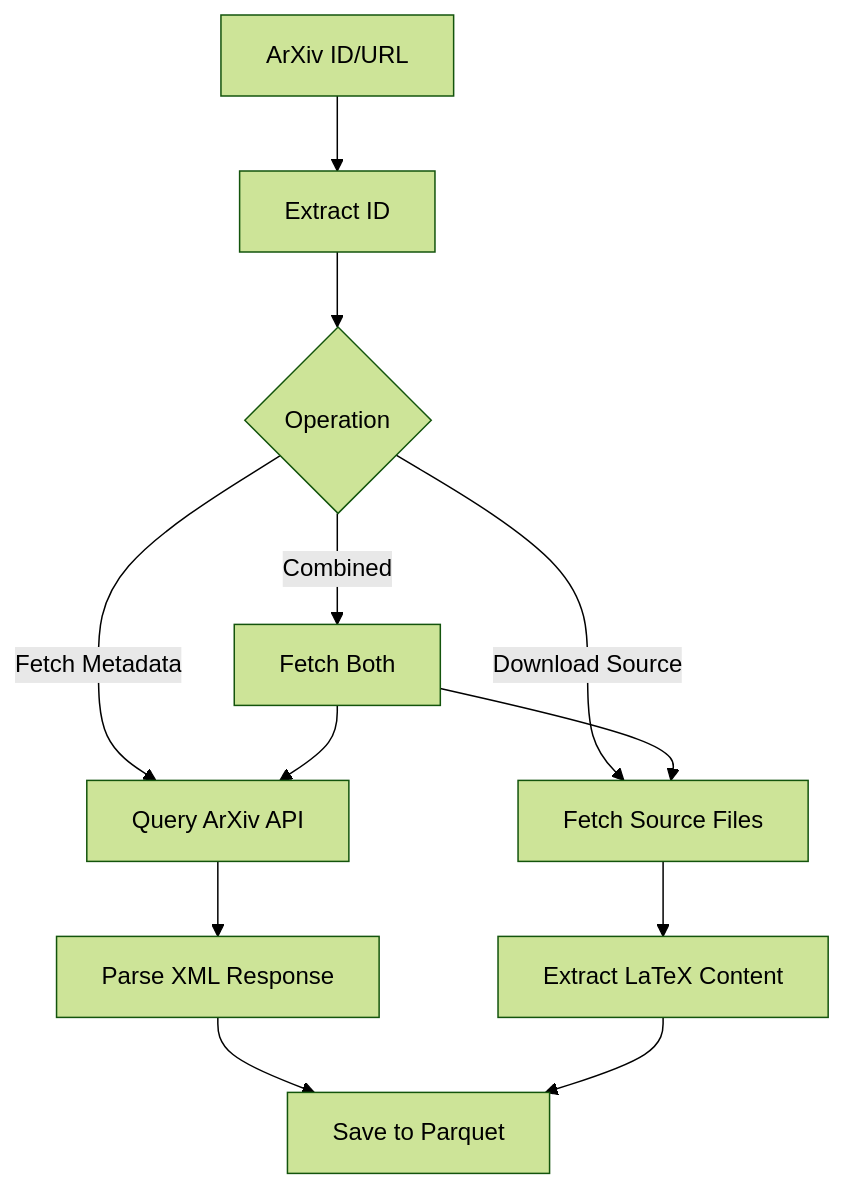
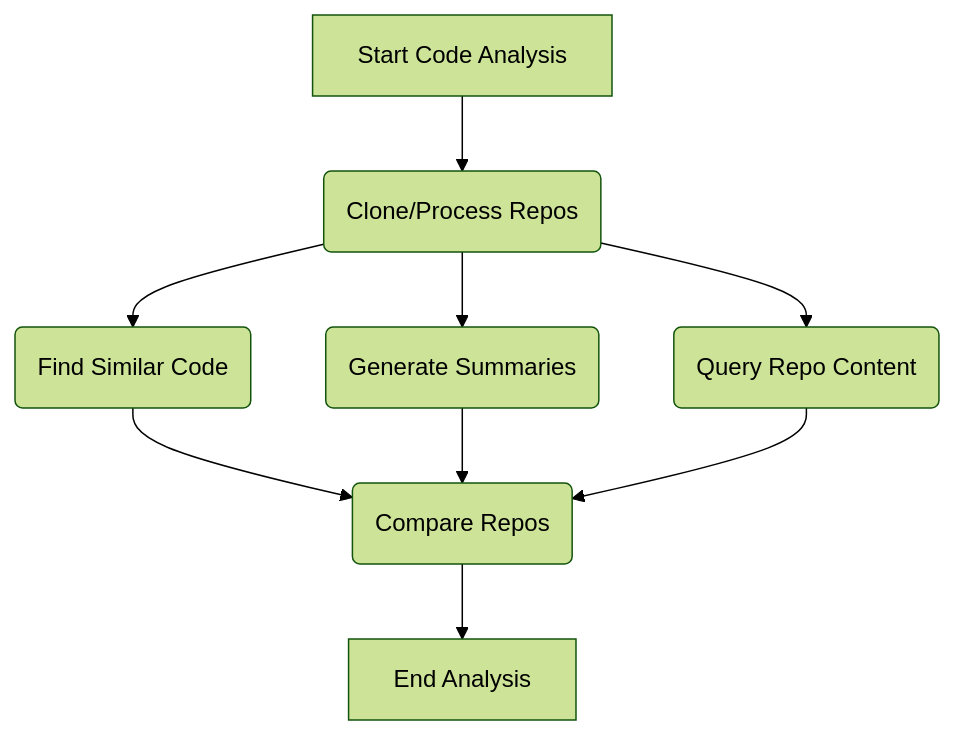
Before and after one commit to Ollama-Agent-Roll-Cage/oarc-crawlers: the fifth of 5 diagrams in docs/Specification.md, drawn with Mermaid (forest theme). The commit also changed other lines of this file and 2 other files, not shown here.

````diff
--- a/docs/Specification.md
+++ b/docs/Specification.md
@@ -425,14 +230,11 @@
 ```mermaid
-flowchart TD
-    A[ArXiv ID/URL] --> B[Extract ID]
-    B --> C{Operation}
-    C -->|Fetch Metadata| D[Query ArXiv API]
-    C -->|Download Source| E[Fetch Source Files]
-    C -->|Combined| F[Fetch Both]
-    D --> G[Parse XML Response]
-    E --> H[Extract LaTeX Content]
-    F --> D
-    F --> E
-    G --> I[Save to Parquet]
-    H --> I
+graph TD
+    A[Start Code Analysis] --> B(Clone/Process Repos);
+    B --> C(Find Similar Code);
+    B --> D(Generate Summaries);
+    B --> E(Query Repo Content);
+    C --> F(Compare Repos);
+    D --> F;
+    E --> F;
+    F --> G[End Analysis];
 ```
````
